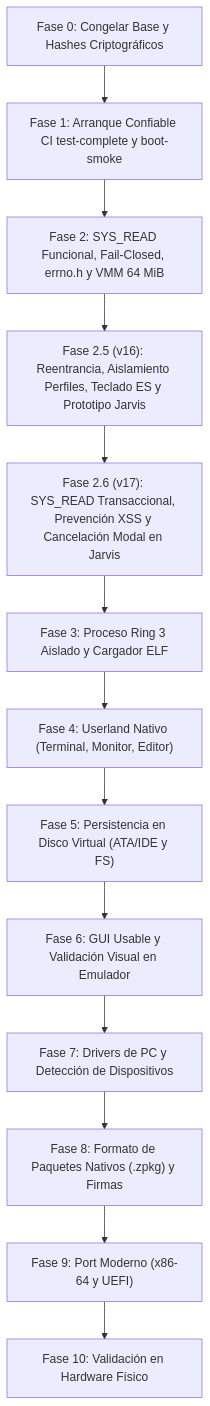
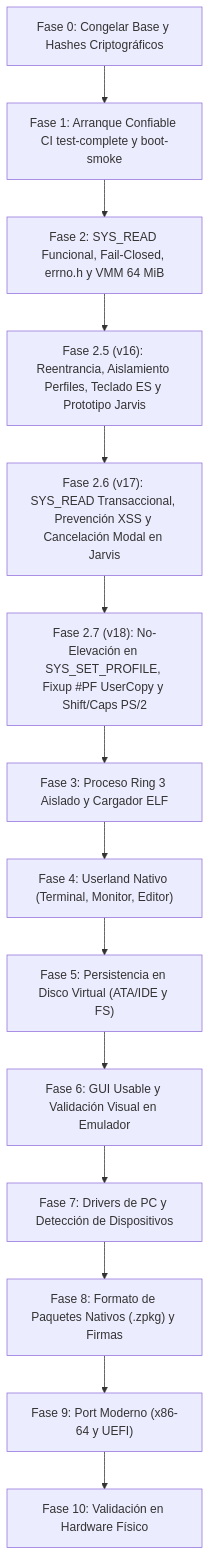
Before and after one commit to Camila-Ianni/Zenthra: the diagram in docs/ROADMAP.md, drawn with Mermaid. The commit also changed other lines of this file and 11 other files, not shown here.

Commit message:
fix(v18): prevencion de escalada SYS_SET_PROFILE, fixup #PF user_copy, fail-closed sin paginacion y robustez Shift/Caps PS/2

````diff
--- a/docs/ROADMAP.md
+++ b/docs/ROADMAP.md
@@ -10,15 +10,16 @@
 ```mermaid
 flowchart TD
     F0["Fase 0: Congelar Base y Hashes Criptográficos"] --> F1["Fase 1: Arranque Confiable CI test-complete y boot-smoke"]
     F1 --> F2["Fase 2: SYS_READ Funcional, Fail-Closed, errno.h y VMM 64 MiB"]
     F2 --> F2B["Fase 2.5 (v16): Reentrancia, Aislamiento Perfiles, Teclado ES y Prototipo Jarvis"]
     F2B --> F2C["Fase 2.6 (v17): SYS_READ Transaccional, Prevención XSS y Cancelación Modal en Jarvis"]
-    F2C --> F3["Fase 3: Proceso Ring 3 Aislado y Cargador ELF"]
+    F2C --> F2D["Fase 2.7 (v18): No-Elevación en SYS_SET_PROFILE, Fixup #PF UserCopy y Shift/Caps PS/2"]
+    F2D --> F3["Fase 3: Proceso Ring 3 Aislado y Cargador ELF"]
     F3 --> F4["Fase 4: Userland Nativo (Terminal, Monitor, Editor)"]
     F4 --> F5["Fase 5: Persistencia en Disco Virtual (ATA/IDE y FS)"]
     F5 --> F6["Fase 6: GUI Usable y Validación Visual en Emulador"]
     F6 --> F7["Fase 7: Drivers de PC y Detección de Dispositivos"]
     F7 --> F8["Fase 8: Formato de Paquetes Nativos (.zpkg) y Firmas"]
     F8 --> F9["Fase 9: Port Moderno (x86-64 y UEFI)"]
     F9 --> F10["Fase 10: Validación en Hardware Físico"]
 ```
````
